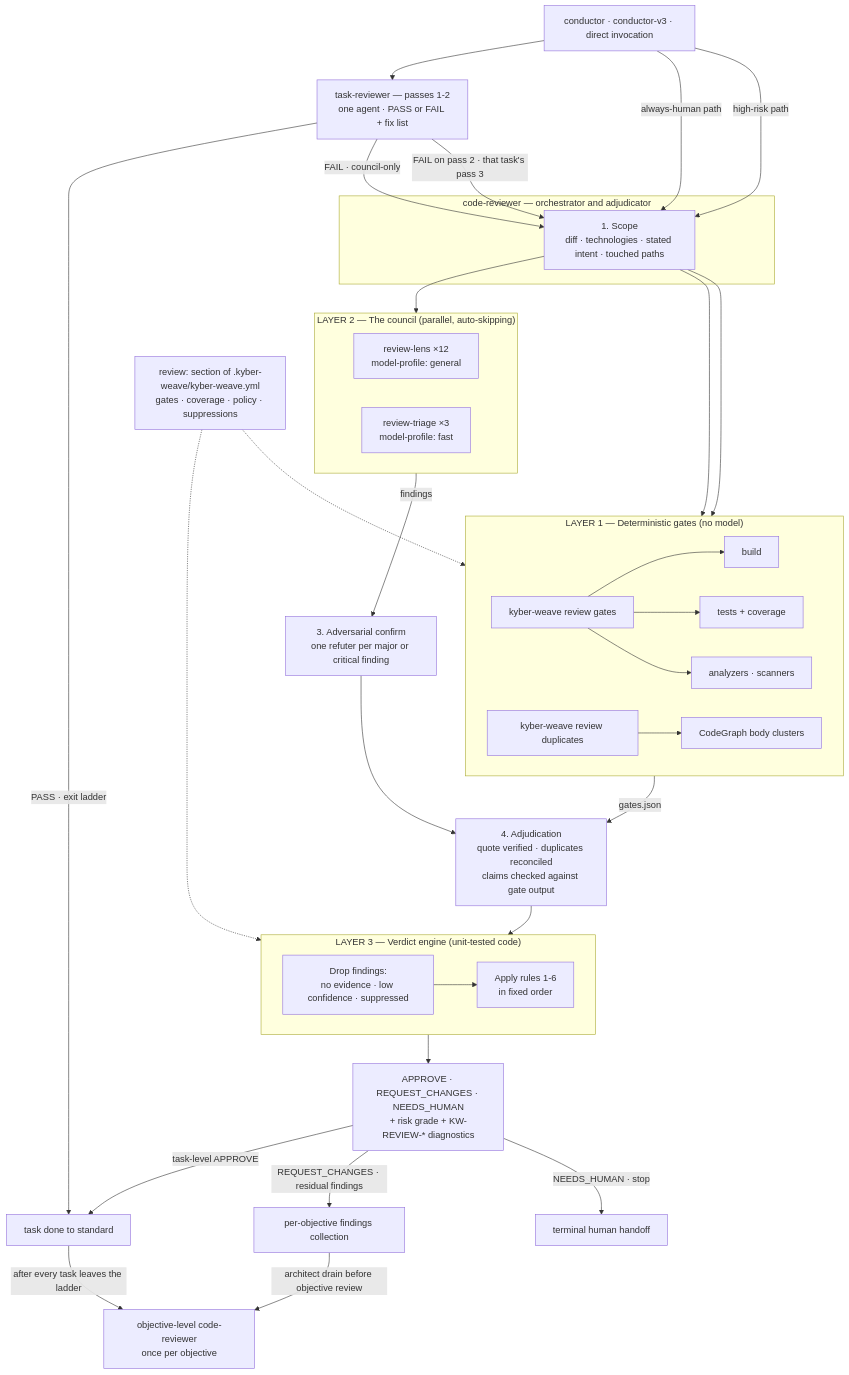
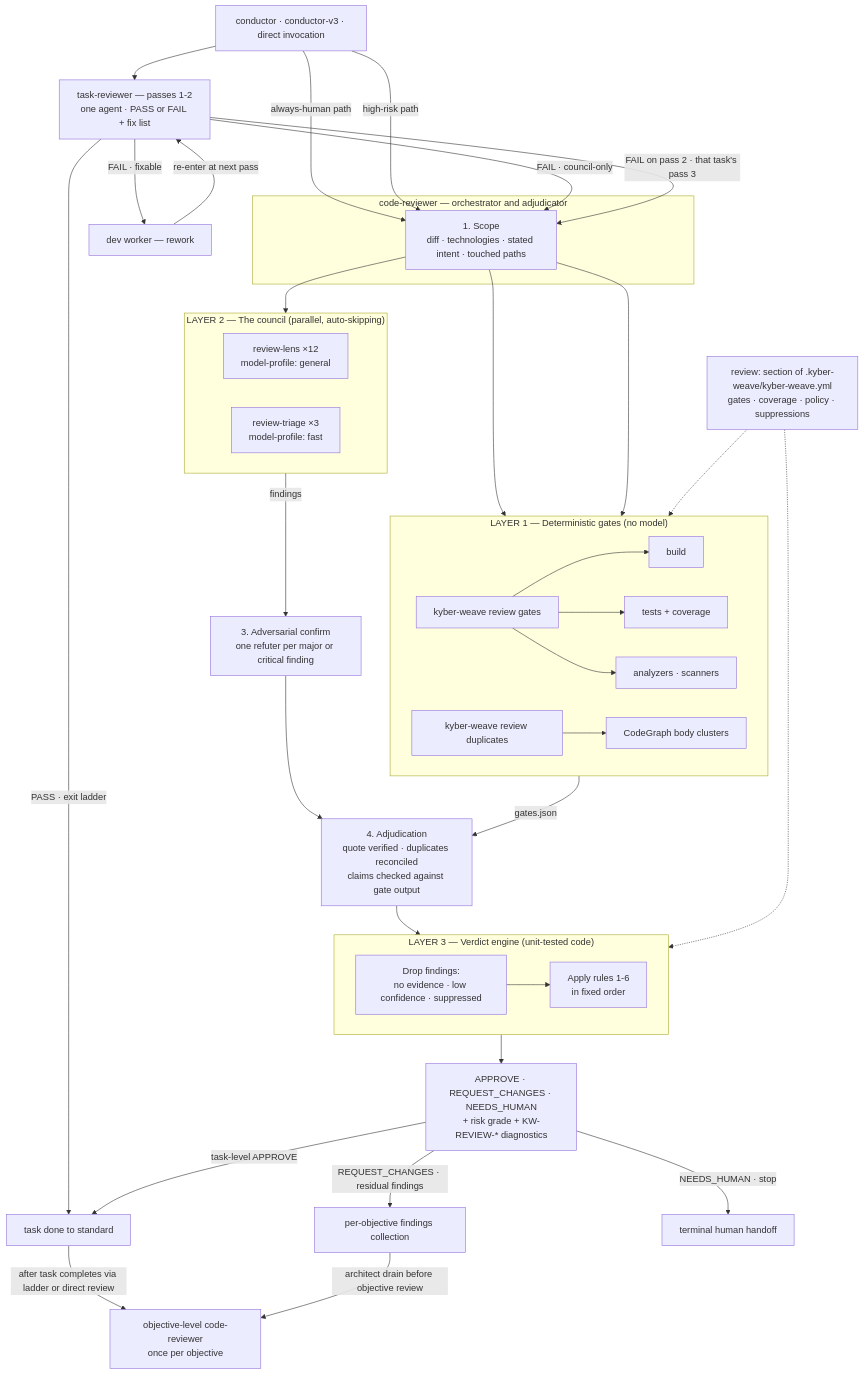
Before and after one commit to dpalfery/kyber-weave: the first of 4 diagrams in docs/code-review/architecture.md, drawn with Mermaid. The commit also changed 4 other files, not shown here.

Commit message:
fix(squad): address round-5 CodeRabbit findings on task-reviewer

````diff
--- a/docs/code-review/architecture.md
+++ b/docs/code-review/architecture.md
@@ -40,53 +40,56 @@
 ```mermaid
 flowchart TD
     Cfg["review: section of .kyber-weave/kyber-weave.yml<br/>gates · coverage · policy · suppressions"]
     Caller["conductor · conductor-v3 · direct invocation"] --> Ladder
     Caller -->|"always-human path"| Scope
     Caller -->|"high-risk path"| Scope
+    Worker["dev worker — rework"]
     Ladder["task-reviewer — passes 1-2<br/>one agent · PASS or FAIL + fix list"]
     Ladder -->|"PASS · exit ladder"| TaskDone["task done to standard"]
+    Ladder -->|"FAIL · fixable"| Worker
+    Worker -->|"re-enter at next pass"| Ladder
     Ladder -->|"FAIL · council-only"| Scope
     Ladder -->|"FAIL on pass 2 · that task's pass 3"| Scope
-    TaskDone -->|"after every task leaves the ladder"| ObjReview["objective-level code-reviewer<br/>once per objective"]
+    TaskDone -->|"after task completes via ladder or direct review"| ObjReview["objective-level code-reviewer<br/>once per objective"]
 
     subgraph CR["code-reviewer — orchestrator and adjudicator"]
         Scope["1. Scope<br/>diff · technologies · stated intent · touched paths"]
     end
 
     Scope --> GR
     Scope --> DG
     Scope --> Council
 
     subgraph Gates["LAYER 1 — Deterministic gates (no model)"]
         direction LR
         GR["kyber-weave review gates"] --> G1["build"] & G2["tests + coverage"] & G3["analyzers · scanners"]
         DG["kyber-weave review duplicates"] --> G4["CodeGraph body clusters"]
     end
 
     subgraph Council["LAYER 2 — The council (parallel, auto-skipping)"]
         direction LR
         RL["review-lens ×12<br/>model-profile: general"]
         RT["review-triage ×3<br/>model-profile: fast"]
     end
 
     Council -->|"findings"| Confirm["3. Adversarial confirm<br/>one refuter per major or critical finding"]
     Confirm --> Adjudicate
     Gates -->|"gates.json"| Adjudicate
 
     Adjudicate["4. Adjudication<br/>quote verified · duplicates reconciled<br/>claims checked against gate output"] --> VE
 
     subgraph VE["LAYER 3 — Verdict engine (unit-tested code)"]
         direction LR
         Drop["Drop findings:<br/>no evidence · low confidence · suppressed"] --> Rules["Apply rules 1-6<br/>in fixed order"]
     end
 
     VE --> Out["APPROVE · REQUEST_CHANGES · NEEDS_HUMAN<br/>+ risk grade + KW-REVIEW-* diagnostics"]
 
     Out -->|"task-level APPROVE"| TaskDone
     Out -->|"REQUEST_CHANGES · residual findings"| Findings["per-objective findings collection"]
     Out -->|"NEEDS_HUMAN · stop"| Human["terminal human handoff"]
     Findings -->|"architect drain before objective review"| ObjReview
 
     Cfg -.-> Gates
     Cfg -.-> VE
 ```
````
